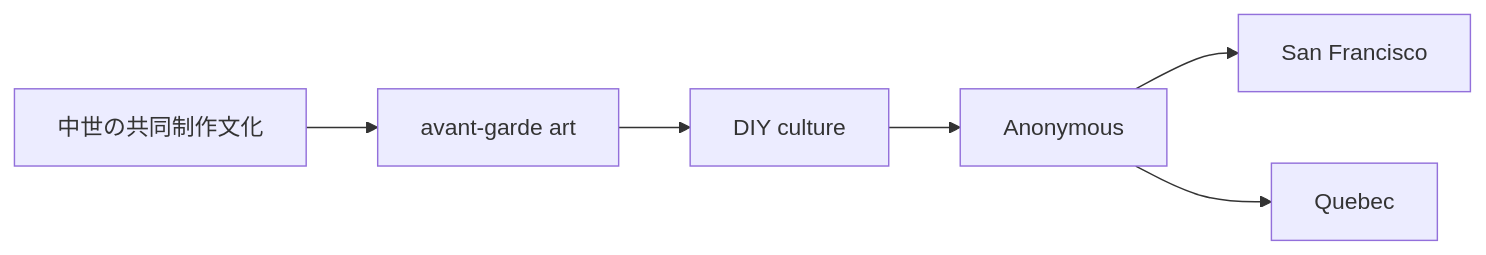
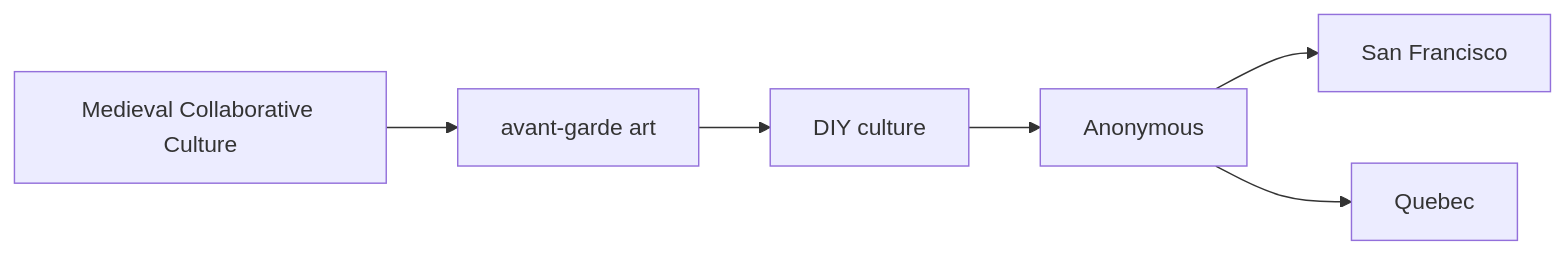
The first of 9 diagrams in en/_posts/2026-07-07-column-angine-de-poitrine-caroliner-rubber-o-cement.md (monumental-movement/monumental-movement.github.io), drawn with Mermaid before and after one commit. The commit also changed other lines of this file and 851 other files, not shown here.

```diff
--- a/en/_posts/2026-07-07-column-angine-de-poitrine-caroliner-rubber-o-cement.md
+++ b/en/_posts/2026-07-07-column-angine-de-poitrine-caroliner-rubber-o-cement.md
@@ -145,17 +145,17 @@
 <div class="mermaid">
 flowchart LR
 
-A["中世の共同制作文化"]
+A["Medieval Collaborative Culture"]
 B["avant-garde art"]
 C["DIY culture"]
 D["Anonymous"]
 E["San Francisco"]
 F["Quebec"]
 
 A --> B
 B --> C
 C --> D
 D --> E
 D --> F
 
 </div>
```
